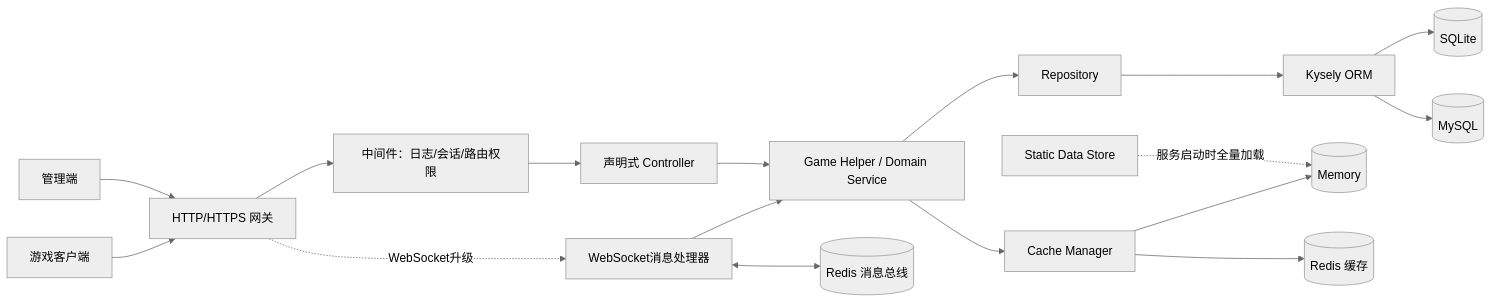
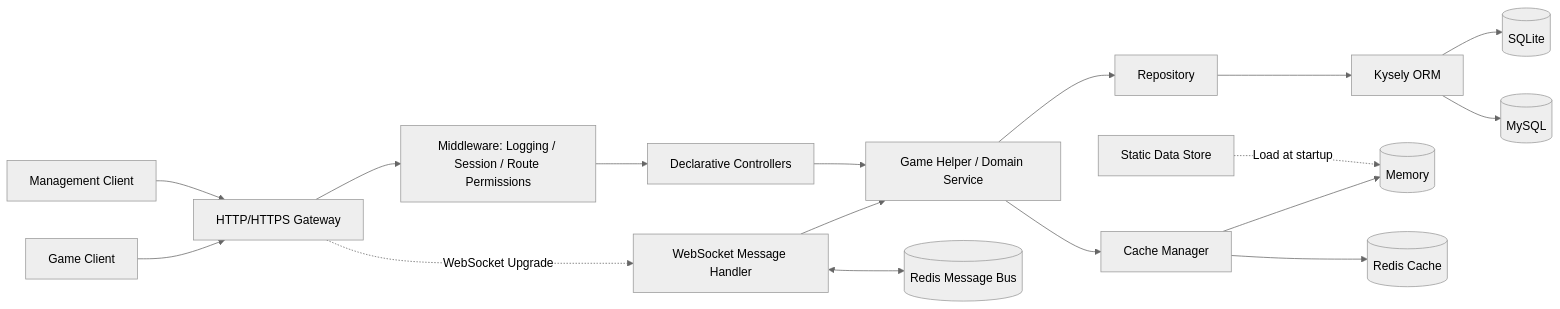
Before and after one commit to Thexiaoyuqaq/that-sky-xysky-public: the diagram in README.md, drawn with Mermaid (neutral theme). The commit also changed other lines of this file and 1 other file, not shown here.

````diff
--- a/README.md
+++ b/README.md
@@ -79,32 +86,32 @@
 ```mermaid
 flowchart LR
-    %% 客户端与入口
-    C[游戏客户端] --> H[HTTP/HTTPS 网关]
-    A[管理端] --> H
+    %% Client and entry points
+    C[Game Client] --> H[HTTP/HTTPS Gateway]
+    A[Management Client] --> H
 
-    %% 网关层：路由隔离
-    H --> M[中间件：日志/会话/路由权限]
-    M --> R[声明式 Controller]
+    %% Gateway layer: route isolation
+    H --> M[Middleware: Logging / Session / Route Permissions]
+    M --> R[Declarative Controllers]
 
-    %% WebSocket 升级与集群同步
-    H -. WebSocket升级 .-> W[WebSocket消息处理器]
+    %% WebSocket upgrade and cluster synchronization
+    H -. WebSocket Upgrade .-> W[WebSocket Message Handler]
     W --> B[Game Helper / Domain Service]
-    W <--> RedisBus[(Redis 消息总线)]
+    W <--> RedisBus[(Redis Message Bus)]
 
-    %% 业务逻辑调用
+    %% Business logic
     R --> B
 
-    %% 数据持久层（区分环境）
+    %% Persistence layer
     B --> P[Repository]
     P --> K[Kysely ORM]
     K --> D1[(SQLite)] 
     K --> D2[(MySQL)]
 
-    %% 多级缓存层
+    %% Multi-level cache
     B --> CA[Cache Manager]
     CA --> C1[(Memory)]
-    CA --> RedisCache[(Redis 缓存)]
+    CA --> RedisCache[(Redis Cache)]
 
-    %% 静态配置表
-    S[Static Data Store] -. 服务启动时全量加载 .-> C1
+    %% Static configuration
+    S[Static Data Store] -. Load at startup .-> C1
 ```
````
